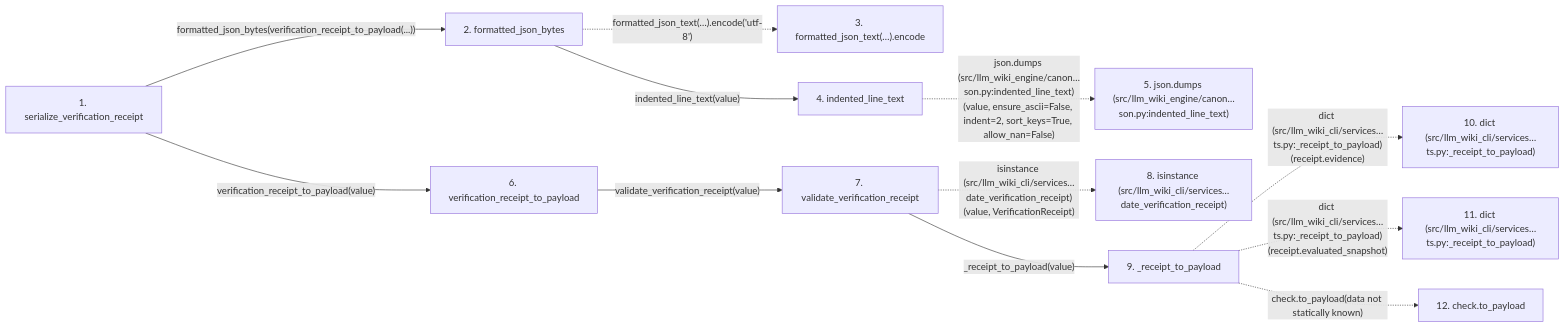
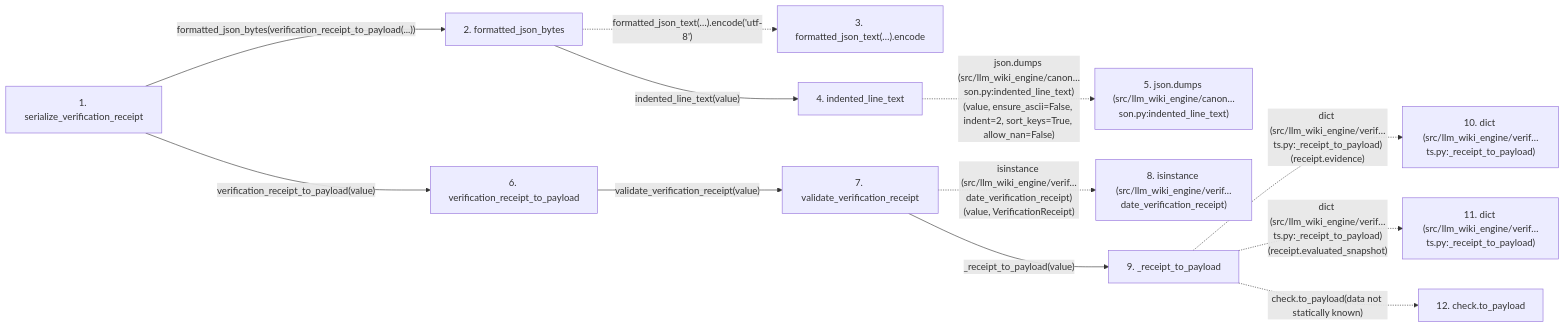
The second of 2 diagrams in docs/llm_wiki/flows/api-serialize_verification_receipt.md (Denissvgn/python-wiki-llm), drawn with Mermaid before and after one commit. The commit also changed other lines of this file and 1058 other files, not shown here.

````diff
--- a/docs/llm_wiki/flows/api-serialize_verification_receipt.md
+++ b/docs/llm_wiki/flows/api-serialize_verification_receipt.md
@@ -129,32 +129,32 @@
 ```mermaid
 flowchart LR
     s1["1. serialize_verification_receipt"]
     s2["2. formatted_json_bytes"]
     s3["3. formatted_json_text(…).encode"]
     s4["4. indented_line_text"]
     s5["5. json.dumps (src/llm_wiki_engine/canon…son.py:indented_line_text)"]
     s6["6. verification_receipt_to_payload"]
     s7["7. validate_verification_receipt"]
-    s8["8. isinstance (src/llm_wiki_cli/services…date_verification_receipt)"]
+    s8["8. isinstance (src/llm_wiki_engine/verif…date_verification_receipt)"]
     s9["9. _receipt_to_payload"]
-    s10["10. dict (src/llm_wiki_cli/services…ts.py:_receipt_to_payload)"]
-    s11["11. dict (src/llm_wiki_cli/services…ts.py:_receipt_to_payload)"]
+    s10["10. dict (src/llm_wiki_engine/verif…ts.py:_receipt_to_payload)"]
+    s11["11. dict (src/llm_wiki_engine/verif…ts.py:_receipt_to_payload)"]
     s12["12. check.to_payload"]
     s1 -->|"formatted_json_bytes(verification_receipt_to_payload(...))"| s2
     s2 -. "formatted_json_text(…).encode('utf-8')" .-> s3
     s2 -->|"indented_line_text(value)"| s4
     s4 -. "json.dumps (src/llm_wiki_engine/canon…son.py:indented_line_text)(value, ensure_ascii=False, indent=2, sort_keys=True, allow_nan=False)" .-> s5
     s1 -->|"verification_receipt_to_payload(value)"| s6
     s6 -->|"validate_verification_receipt(value)"| s7
-    s7 -. "isinstance (src/llm_wiki_cli/services…date_verification_receipt)(value, VerificationReceipt)" .-> s8
+    s7 -. "isinstance (src/llm_wiki_engine/verif…date_verification_receipt)(value, VerificationReceipt)" .-> s8
     s7 -->|"_receipt_to_payload(value)"| s9
-    s9 -. "dict (src/llm_wiki_cli/services…ts.py:_receipt_to_payload)(receipt.evidence)" .-> s10
-    s9 -. "dict (src/llm_wiki_cli/services…ts.py:_receipt_to_payload)(receipt.evaluated_snapshot)" .-> s11
+    s9 -. "dict (src/llm_wiki_engine/verif…ts.py:_receipt_to_payload)(receipt.evidence)" .-> s10
+    s9 -. "dict (src/llm_wiki_engine/verif…ts.py:_receipt_to_payload)(receipt.evaluated_snapshot)" .-> s11
     s9 -. "check.to_payload(data not statically known)" .-> s12
     click s1 "../modules/verification_contracts.md"
     click s2 "../modules/knowledge_evidence.md"
     click s4 "../modules/canonical_json.md"
     click s6 "../modules/verification_contracts.md"
     click s7 "../modules/verification_contracts.md"
     click s9 "../modules/verification_contracts.md"
 ```
````
